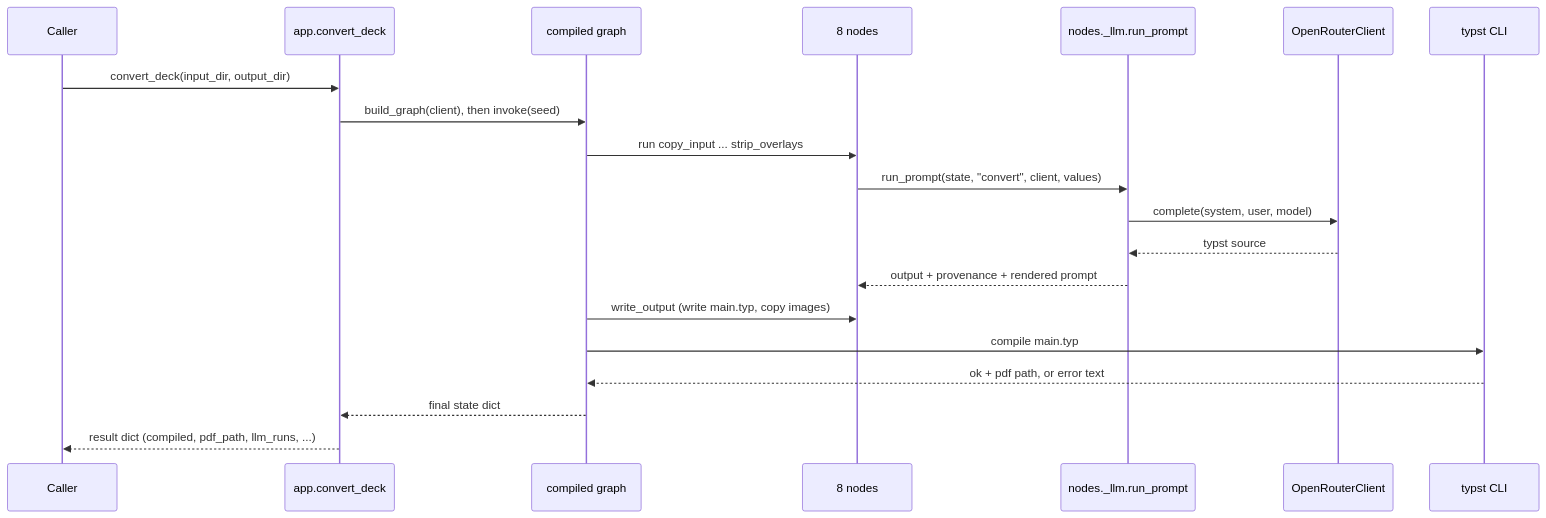
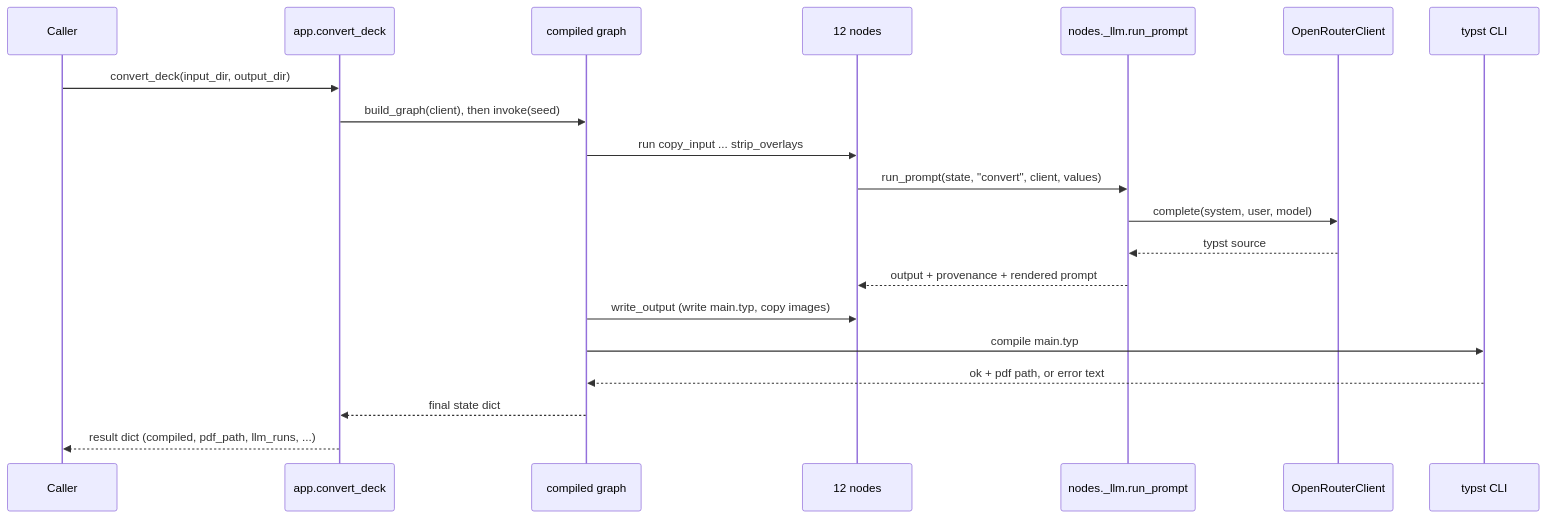
One commit to SushrutGaikwad/b2t changed the tenth of 11 diagrams in CODEBASE_GUIDE.md. Above: the diagram before and after it, drawn with Mermaid. The commit also changed other lines of this file and 1 other file, not shown here.

````diff
--- a/CODEBASE_GUIDE.md
+++ b/CODEBASE_GUIDE.md
@@ -1322,23 +1399,23 @@
 ```mermaid
 sequenceDiagram
     participant Caller
     participant app as app.convert_deck
     participant gr as compiled graph
-    participant nodes as 8 nodes
+    participant nodes as 12 nodes
     participant runner as nodes._llm.run_prompt
     participant cli as OpenRouterClient
     participant typst as typst CLI
 
     Caller->>app: convert_deck(input_dir, output_dir)
     app->>gr: build_graph(client), then invoke(seed)
     gr->>nodes: run copy_input ... strip_overlays
     nodes->>runner: run_prompt(state, "convert", client, values)
     runner->>cli: complete(system, user, model)
     cli-->>runner: typst source
     runner-->>nodes: output + provenance + rendered prompt
     gr->>nodes: write_output (write main.typ, copy images)
     gr->>typst: compile main.typ
     typst-->>gr: ok + pdf path, or error text
     gr-->>app: final state dict
     app-->>Caller: result dict (compiled, pdf_path, llm_runs, ...)
 ```
````
